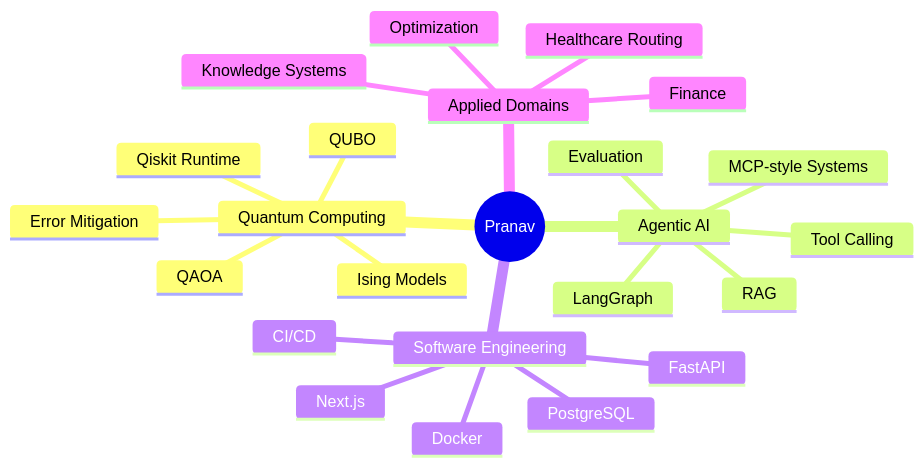
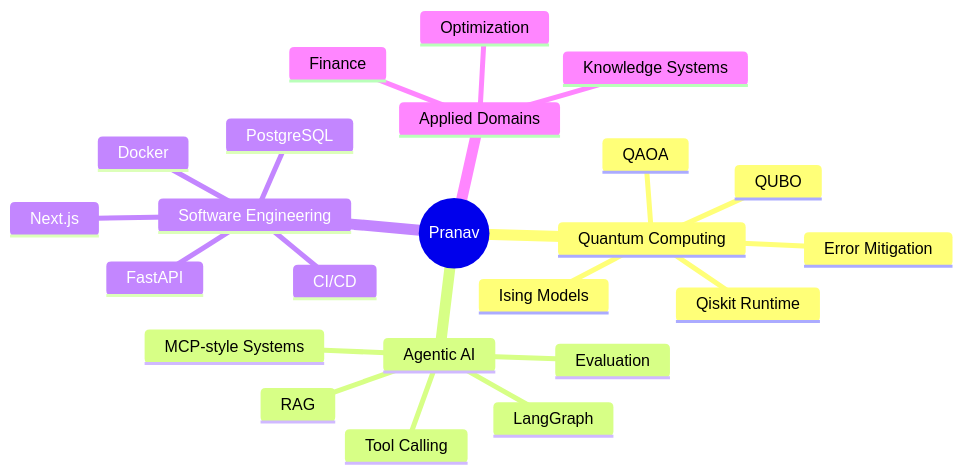
The diagram in README.md (pranavks343/pranavks343), drawn with Mermaid before and after one commit.

Commit message:
Remove Healthcare Routing from focus mindmap
Drops the now-orphaned reference left over from the ambulance-optimizer card.

````diff
--- a/README.md
+++ b/README.md
@@ -363,27 +363,26 @@
 ```mermaid
 mindmap
   root((Pranav))
     Quantum Computing
       QUBO
       Ising Models
       QAOA
       Qiskit Runtime
       Error Mitigation
     Agentic AI
       LangGraph
       Tool Calling
       RAG
       Evaluation
       MCP-style Systems
     Software Engineering
       FastAPI
       Next.js
       PostgreSQL
       Docker
       CI/CD
     Applied Domains
       Finance
-      Healthcare Routing
       Optimization
       Knowledge Systems
 ```
````
